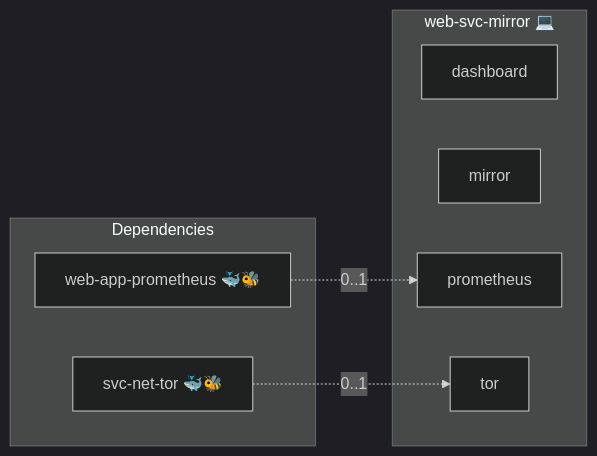
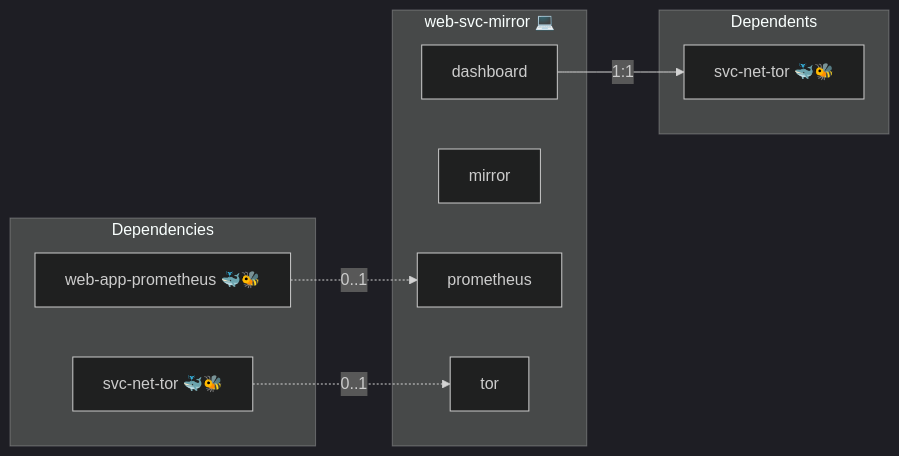
One commit to AlejandroRomanIbanez/infinito-nexus changed the diagram in roles/web-svc-mirror/README.md. Above: the diagram before and after it, drawn with Mermaid (dark theme). The commit also changed other lines of this file and 256 other files, not shown here.

````diff
--- a/roles/web-svc-mirror/README.md
+++ b/roles/web-svc-mirror/README.md
@@ -18,15 +18,19 @@
 ```mermaid
 flowchart LR
     subgraph deps [Dependencies]
         dep_svc_net_tor["svc-net-tor 🐳🐝"]
         dep_web_app_prometheus["web-app-prometheus 🐳🐝"]
     end
     subgraph role [web-svc-mirror 💻]
         svc_dashboard["dashboard"]
         svc_mirror["mirror"]
         svc_prometheus["prometheus"]
         svc_tor["tor"]
     end
+    subgraph dependents [Dependents]
+        dpt_svc_net_tor["svc-net-tor 🐳🐝"]
+    end
     dep_svc_net_tor -. "0..1" .-> svc_tor
     dep_web_app_prometheus -. "0..1" .-> svc_prometheus
+    svc_dashboard -- "1:1" --> dpt_svc_net_tor
 ```
````
